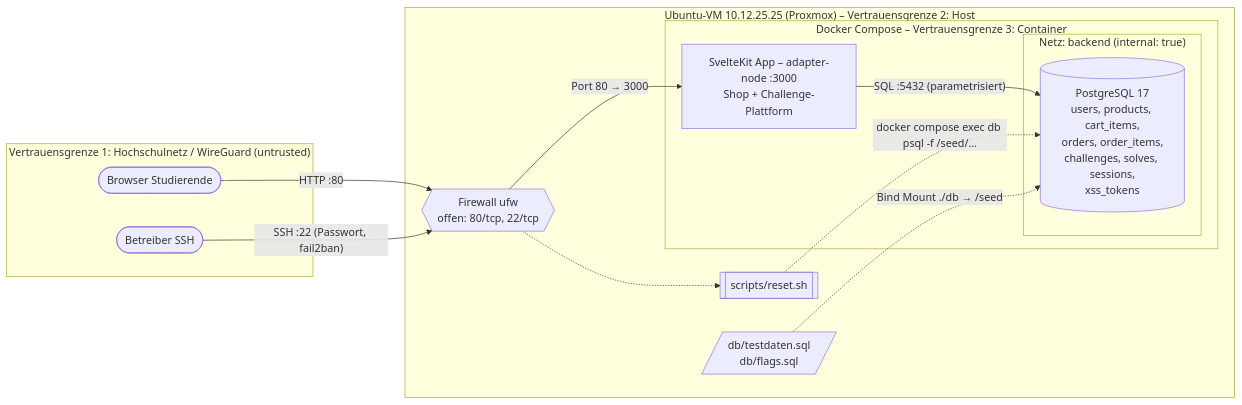
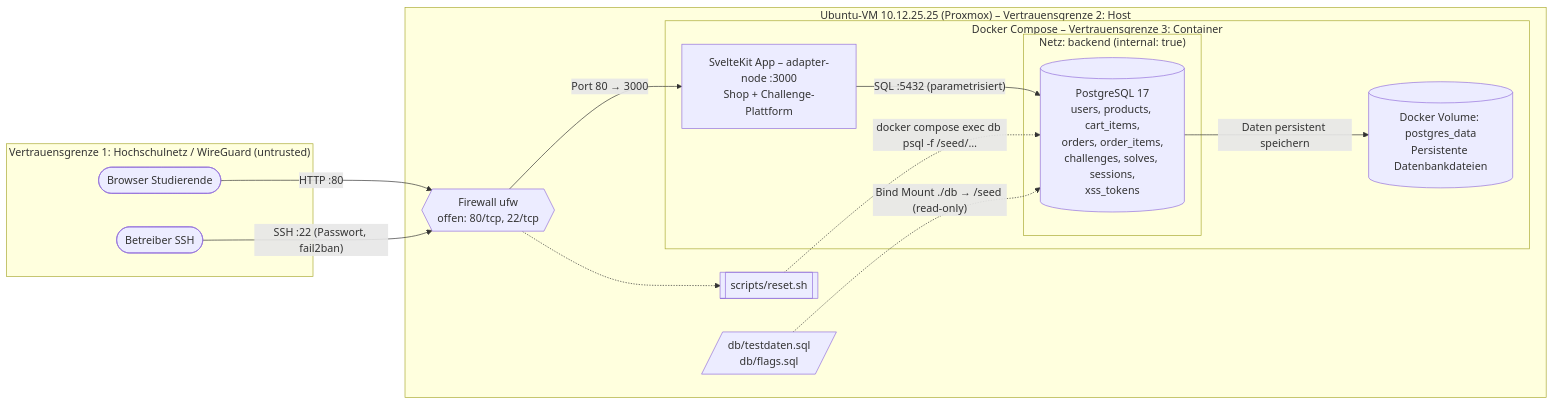
One commit to p4trickweiss/hcw-ssd-sudo-shop changed the diagram in Planung.md. Above: the diagram before and after it, drawn with Mermaid. The commit also changed other lines of this file and 64 other files, not shown here.

Commit message:
implement sudo-shop with docker setup

````diff
--- a/Planung.md
+++ b/Planung.md
@@ -134,27 +134,32 @@
 ```mermaid
 flowchart LR
     subgraph TB0["Vertrauensgrenze 1: Hochschulnetz / WireGuard (untrusted)"]
         user([Browser Studierende])
         op([Betreiber SSH])
     end
 
     subgraph VM["Ubuntu-VM 10.12.25.25 (Proxmox) – Vertrauensgrenze 2: Host"]
-        ufw{{Firewall ufw<br/>offen: 80/tcp, 22/tcp}}
+        ufw{{"Firewall ufw<br/>offen: 80/tcp, 22/tcp"}}
         reset[[scripts/reset.sh]]
         seed[/"db/testdaten.sql<br/>db/flags.sql"/]
+
         subgraph DOCKER["Docker Compose – Vertrauensgrenze 3: Container"]
-            app[SvelteKit App – adapter-node :3000<br/>Shop + Challenge-Plattform]
+            app["SvelteKit App – adapter-node :3000<br/>Shop + Challenge-Plattform"]
+
             subgraph BE["Netz: backend (internal: true)"]
-                db[(PostgreSQL 17<br/>users, products, cart_items,<br/>orders, order_items,<br/>challenges, solves, sessions,<br/>xss_tokens)]
+                db[("PostgreSQL 17<br/>users, products, cart_items,<br/>orders, order_items,<br/>challenges, solves, sessions,<br/>xss_tokens")]
             end
+
+            volume[("Docker Volume: postgres_data<br/>Persistente Datenbankdateien")]
         end
     end
 
     user -- "HTTP :80" --> ufw
     ufw -- "Port 80 → 3000" --> app
     app -- "SQL :5432 (parametrisiert)" --> db
+    db -- "Daten persistent speichern" --> volume
     op -- "SSH :22 (Passwort, fail2ban)" --> ufw
     ufw -.-> reset
     reset -. "docker compose exec db psql -f /seed/…" .-> db
-    seed -. "Bind Mount ./db → /seed" .-> db
+    seed -. "Bind Mount ./db → /seed (read-only)" .-> db
 ```
````
